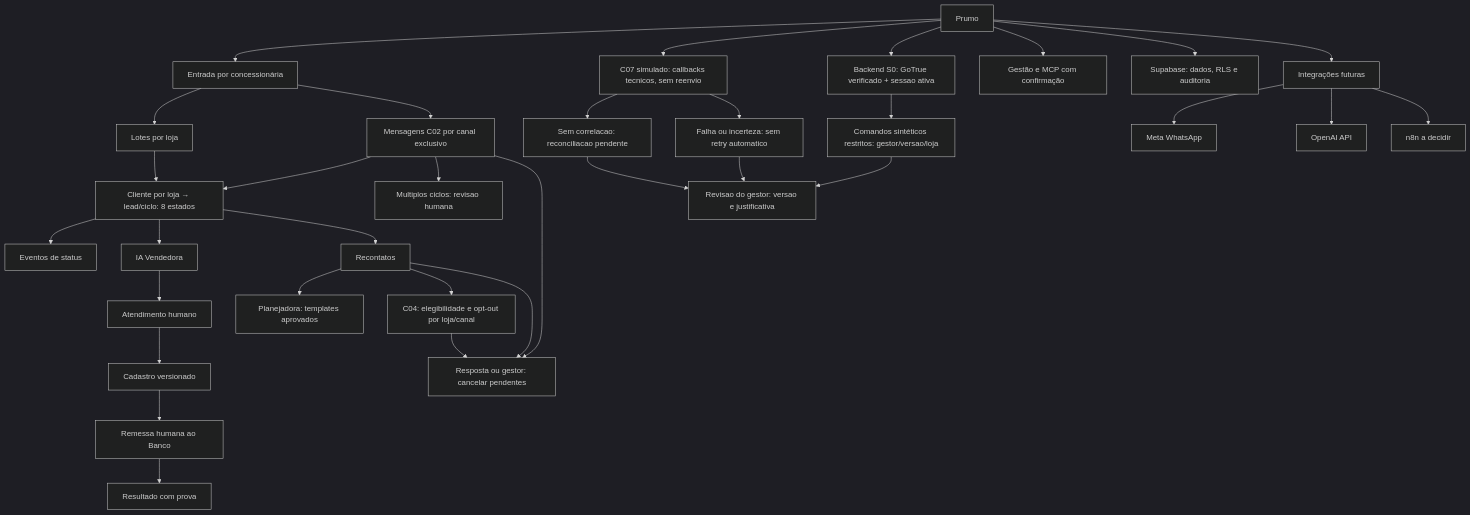
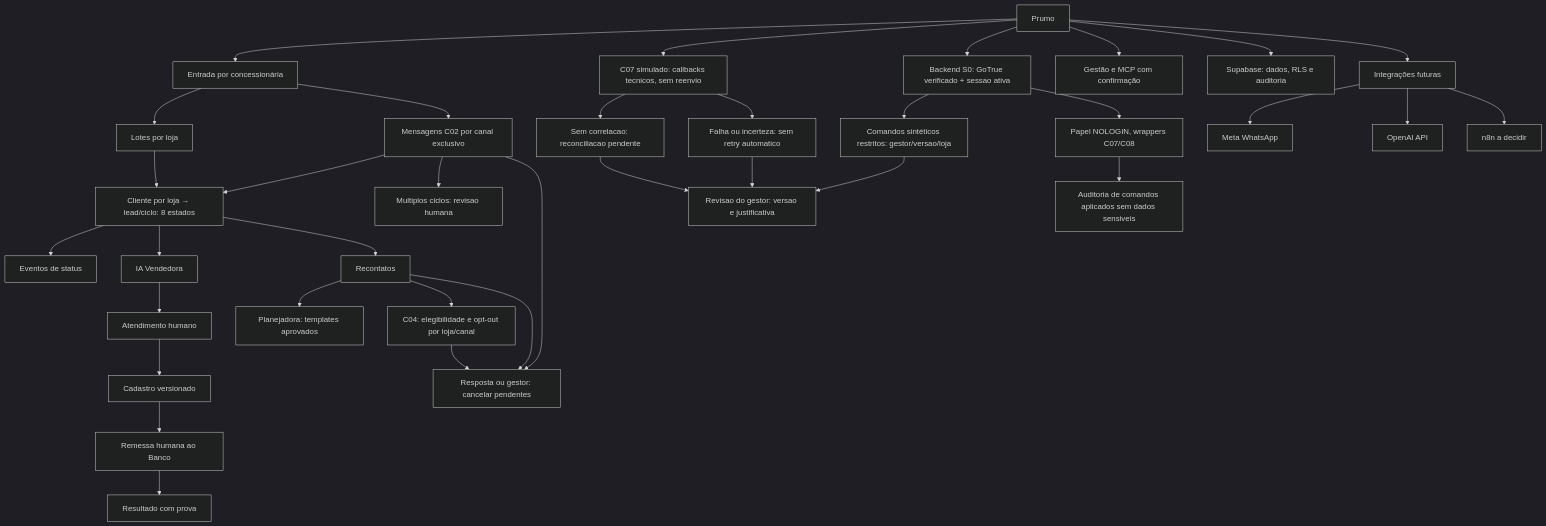
The diagram in docs/MAPA_MENTAL.md (prumogrowth/Prumo-Growth-Platform-V2), drawn with Mermaid (dark theme) before and after one commit.

Commit message:
docs(gateway): atualizar mapa, inventario e aceite GW/Auth-13

````diff
--- a/docs/MAPA_MENTAL.md
+++ b/docs/MAPA_MENTAL.md
@@ -3,35 +3,37 @@
 ```mermaid
 flowchart TD
   P[Prumo] --> E[Entrada por concessionária]
   E --> IMP[Lotes por loja]
   E --> INB[Mensagens C02 por canal exclusivo]
   INB --> L
   INB --> PEND[Multiplos ciclos: revisao humana]
   IMP --> L[Cliente por loja → lead/ciclo: 8 estados]
   L --> EV[Eventos de status]
   L --> IA[IA Vendedora]
   IA --> H[Atendimento humano]
   H --> CAD[Cadastro versionado]
   CAD --> BAN[Remessa humana ao Banco]
   BAN --> RES[Resultado com prova]
   L --> REC[Recontatos]
   REC --> PLA[Planejadora: templates aprovados]
   REC --> ELIG[C04: elegibilidade e opt-out por loja/canal]
   ELIG --> CAN
   REC --> CAN[Resposta ou gestor: cancelar pendentes]
   INB --> CAN
   P --> C07[C07 simulado: callbacks tecnicos, sem reenvio]
   C07 --> RC[Sem correlacao: reconciliacao pendente]
   C07 --> RISK[Falha ou incerteza: sem retry automatico]
   RC --> GEST[Revisao do gestor: versao e justificativa]
   RISK --> GEST
   P --> AUTH[Backend S0: GoTrue verificado + sessao ativa]
   AUTH --> OP[Comandos sintéticos restritos: gestor/versao/loja]
+  AUTH --> GWAY[Papel NOLOGIN, wrappers C07/C08]
+  GWAY --> AUD[Auditoria de comandos aplicados sem dados sensiveis]
   OP --> GEST
   P --> ADM[Gestão e MCP com confirmação]
   P --> DB[Supabase: dados, RLS e auditoria]
   P --> INT[Integrações futuras]
   INT --> WA[Meta WhatsApp]
   INT --> OAI[OpenAI API]
   INT --> N[n8n a decidir]
 ```
````
